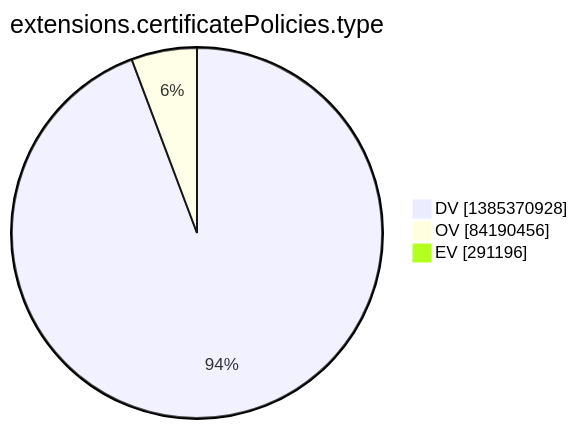
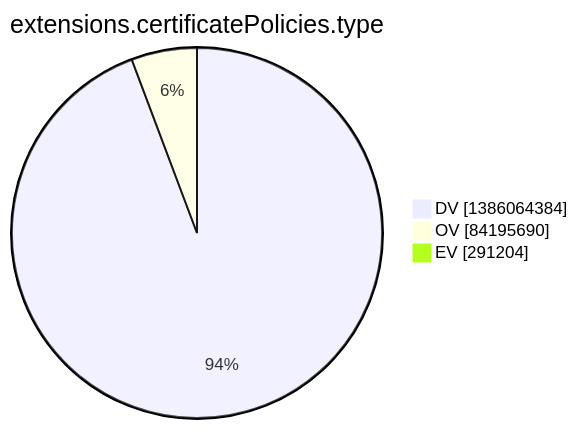
The tenth of 15 diagrams in argon2022/README.md (christiankrug/ctmonitor_visualization), drawn with Mermaid before and after one commit. The commit also changed other lines of this file, not shown here.

````diff
--- a/argon2022/README.md
+++ b/argon2022/README.md
@@ -2773,7 +2773,7 @@
 ```mermaid
 pie showData
 title extensions.certificatePolicies.type
-"DV" :1385370928
-"OV" :84190456
-"EV" :291196
+"DV" :1386064384
+"OV" :84195690
+"EV" :291204
 ```
````
